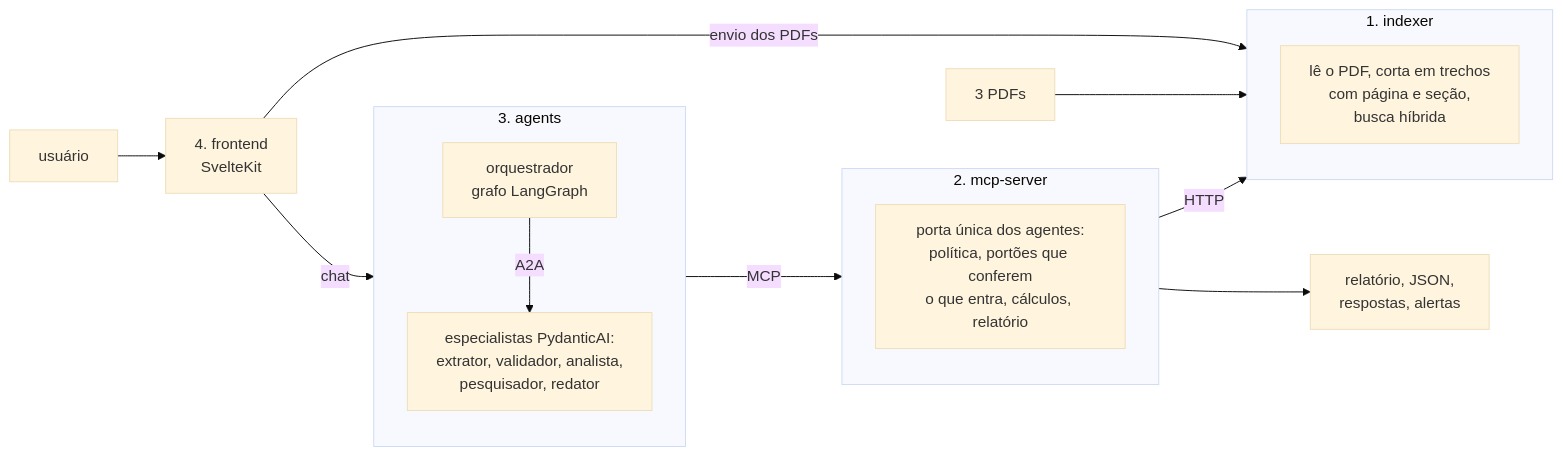
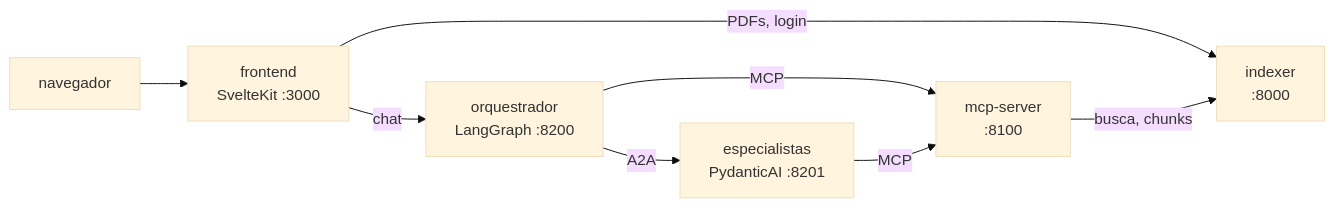
The diagram in README.md (proscholdt/MultAgent_AnaliseDocumental), drawn with Mermaid (base theme) before and after one commit. The commit also changed other lines of this file and 9 other files, not shown here.

````diff
--- a/README.md
+++ b/README.md
@@ -10,18 +7,10 @@
 ```mermaid
 flowchart LR
-    U[usuário] --> FE[4. frontend<br/>SvelteKit]
-    FE -->|envio dos PDFs| IDX
-    FE -->|chat| AG
-    PDF[3 PDFs] --> IDX
-    subgraph IDX[1. indexer]
-        I[lê o PDF, corta em trechos<br/>com página e seção,<br/>busca híbrida]
-    end
-    subgraph MCP[2. mcp-server]
-        M[porta única dos agentes:<br/>política, portões que conferem<br/>o que entra, cálculos, relatório]
-    end
-    subgraph AG[3. agents]
-        O[orquestrador<br/>grafo LangGraph] -->|A2A| E[especialistas PydanticAI:<br/>extrator, validador, analista,<br/>pesquisador, redator]
-    end
-    AG -->|MCP| MCP -->|HTTP| IDX
-    MCP --> R[relatório, JSON,<br/>respostas, alertas]
+    U[navegador] --> FE[frontend<br/>SvelteKit :3000]
+    FE -->|PDFs, login| IDX[indexer<br/>:8000]
+    FE -->|chat| ORQ[orquestrador<br/>LangGraph :8200]
+    ORQ -->|A2A| ESP[especialistas<br/>PydanticAI :8201]
+    ORQ -->|MCP| MCP[mcp-server<br/>:8100]
+    ESP -->|MCP| MCP
+    MCP -->|busca, chunks| IDX
 ```
````
